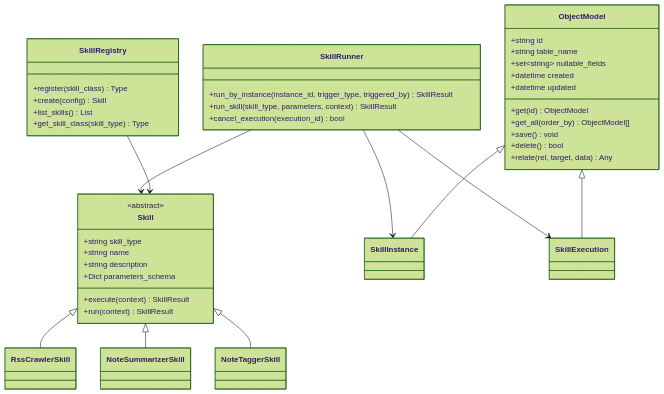
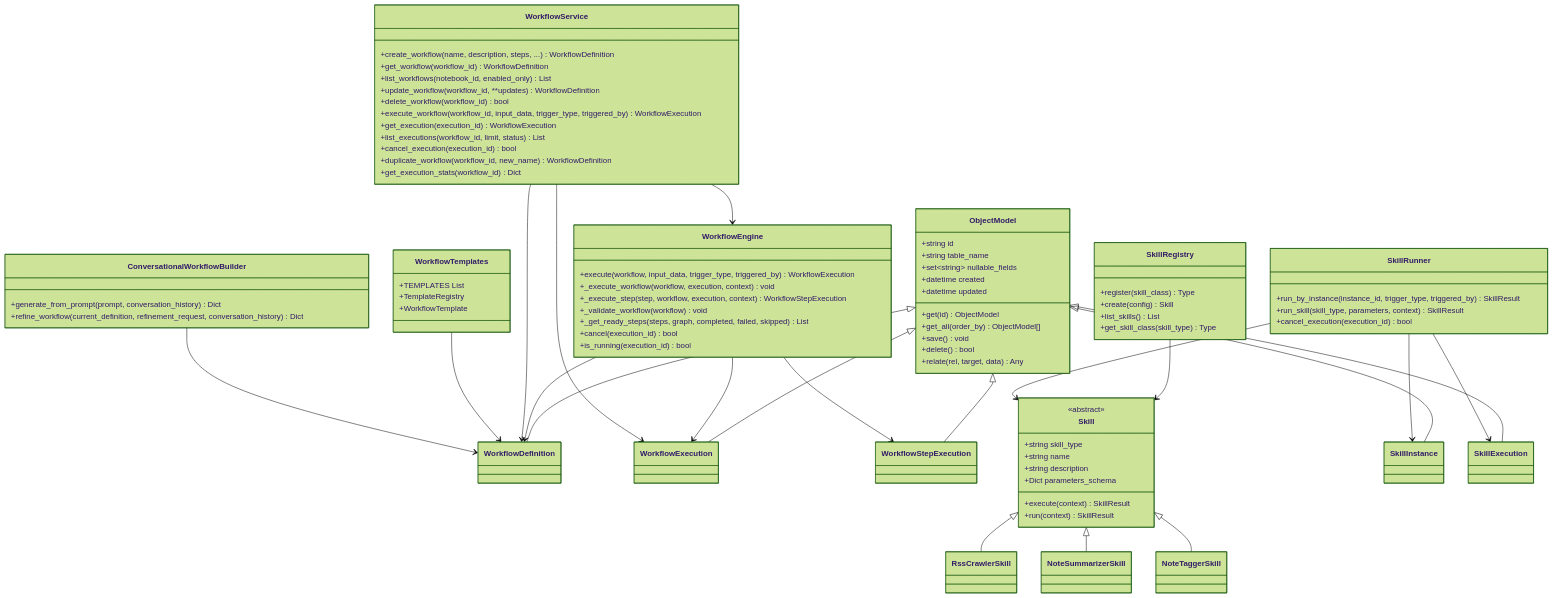
Before and after one commit to jackeyunjie/open-notebook: diagram 11 of 11 in .qoder/repowiki/zh/content/数据模型/数据模型.md, drawn with Mermaid (forest theme). The commit also changed other lines of this file and 24 other files, not shown here.

```diff
--- a/.qoder/repowiki/zh/content/数据模型/数据模型.md
+++ b/.qoder/repowiki/zh/content/数据模型/数据模型.md
@@ -496,6 +762,40 @@
 +save() void
 +delete() bool
 +relate(rel, target, data) Any
+}
+class WorkflowDefinition
+class WorkflowExecution
+class WorkflowStepExecution
+class WorkflowEngine {
++execute(workflow, input_data, trigger_type, triggered_by) WorkflowExecution
++_execute_workflow(workflow, execution, context) void
++_execute_step(step, workflow, execution, context) WorkflowStepExecution
++_validate_workflow(workflow) void
++_get_ready_steps(steps, graph, completed, failed, skipped) List
++cancel(execution_id) bool
++is_running(execution_id) bool
+}
+class WorkflowService {
++create_workflow(name, description, steps, ...) WorkflowDefinition
++get_workflow(workflow_id) WorkflowDefinition
++list_workflows(notebook_id, enabled_only) List
++update_workflow(workflow_id, **updates) WorkflowDefinition
++delete_workflow(workflow_id) bool
++execute_workflow(workflow_id, input_data, trigger_type, triggered_by) WorkflowExecution
++get_execution(execution_id) WorkflowExecution
++list_executions(workflow_id, limit, status) List
++cancel_execution(execution_id) bool
++duplicate_workflow(workflow_id, new_name) WorkflowDefinition
++get_execution_stats(workflow_id) Dict
+}
+class WorkflowTemplates {
++TEMPLATES List
++TemplateRegistry
++WorkflowTemplate
+}
+class ConversationalWorkflowBuilder {
++generate_from_prompt(prompt, conversation_history) Dict
++refine_workflow(current_definition, refinement_request, conversation_history) Dict
 }
 class Skill {
 <<abstract>>
@@ -519,8 +819,19 @@
 +run_skill(skill_type, parameters, context) SkillResult
 +cancel_execution(execution_id) bool
 }
+ObjectModel <|-- WorkflowDefinition
+ObjectModel <|-- WorkflowExecution
+ObjectModel <|-- WorkflowStepExecution
 ObjectModel <|-- SkillInstance
 ObjectModel <|-- SkillExecution
+WorkflowEngine --> WorkflowDefinition
+WorkflowEngine --> WorkflowExecution
+WorkflowEngine --> WorkflowStepExecution
+WorkflowService --> WorkflowEngine
+WorkflowService --> WorkflowDefinition
+WorkflowService --> WorkflowExecution
+WorkflowTemplates --> WorkflowDefinition
+ConversationalWorkflowBuilder --> WorkflowDefinition
 Skill <|-- RssCrawlerSkill
 Skill <|-- NoteSummarizerSkill
 Skill <|-- NoteTaggerSkill
```
